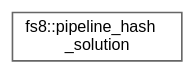
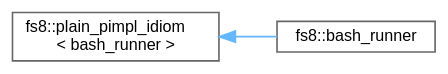
Before and after one commit to the-moisrex/foresight: the diagram in api/inherit_graph_106.dot, drawn with Graphviz. The commit also changed 373 other files, not shown here.

```diff
--- a/api/inherit_graph_106.dot
+++ b/api/inherit_graph_106.dot
@@ -1,9 +1,11 @@
 digraph "Graphical Class Hierarchy"
 {
  // LATEX_PDF_SIZE
   bgcolor="transparent";
   edge [fontname=Helvetica,fontsize=10,labelfontname=Helvetica,labelfontsize=10];
   node [fontname=Helvetica,fontsize=10,shape=box,height=0.2,width=0.4];
   rankdir="LR";
-  Node0 [id="Node000000",label="fs8::pipeline_hash\l_solution",height=0.2,width=0.4,color="grey40", fillcolor="white", style="filled",URL="$structfs8_1_1pipeline__hash__solution.html",tooltip="Hash the pipeline's mod types via their typeid().name()."];
+  Node0 [id="Node000000",label="fs8::plain_pimpl_idiom\l\< bash_runner \>",height=0.2,width=0.4,color="grey40", fillcolor="white", style="filled",URL="$structfs8_1_1plain__pimpl__idiom.html",tooltip=" "];
+  Node0 -> Node1 [id="edge135_Node000000_Node000001",dir="back",color="steelblue1",style="solid",tooltip=" "];
+  Node1 [id="Node000001",label="fs8::bash_runner",height=0.2,width=0.4,color="grey40", fillcolor="white", style="filled",URL="$structfs8_1_1bash__runner.html",tooltip=" "];
 }
```
